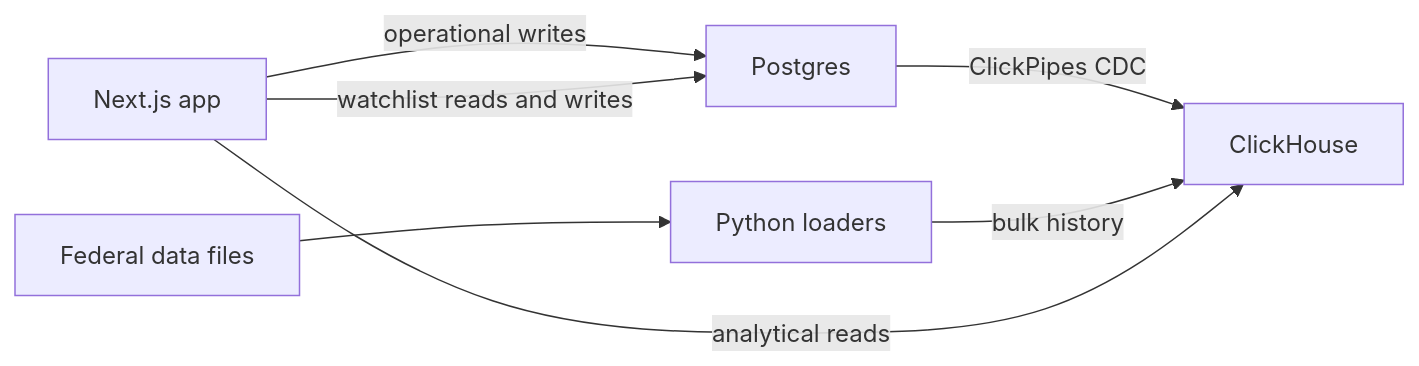
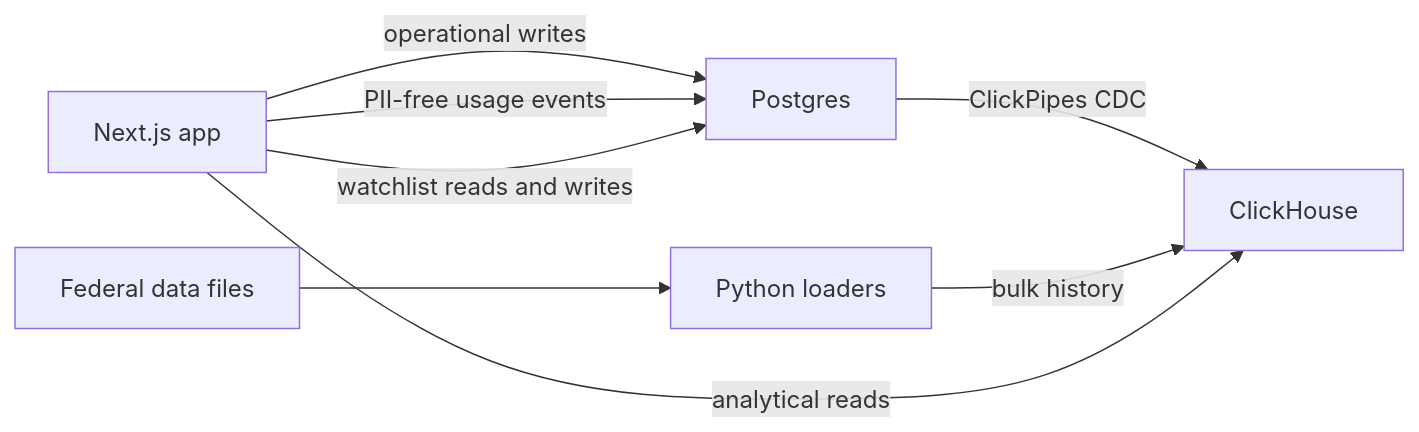
Before and after one commit to SashaSkind/waterline: the diagram in README.md, drawn with Mermaid. The commit also changed other lines of this file and 18 other files, not shown here.

````diff
--- a/README.md
+++ b/README.md
@@ -28,9 +30,10 @@
 ```mermaid
 flowchart LR
     UI[Next.js app] -->|operational writes| PG[Postgres]
+    UI -->|PII-free usage events| PG
     PG -->|ClickPipes CDC| CH[ClickHouse]
     FED[Federal data files] --> PY[Python loaders]
     PY -->|bulk history| CH
     UI -->|analytical reads| CH
     UI -->|watchlist reads and writes| PG
 ```
````
